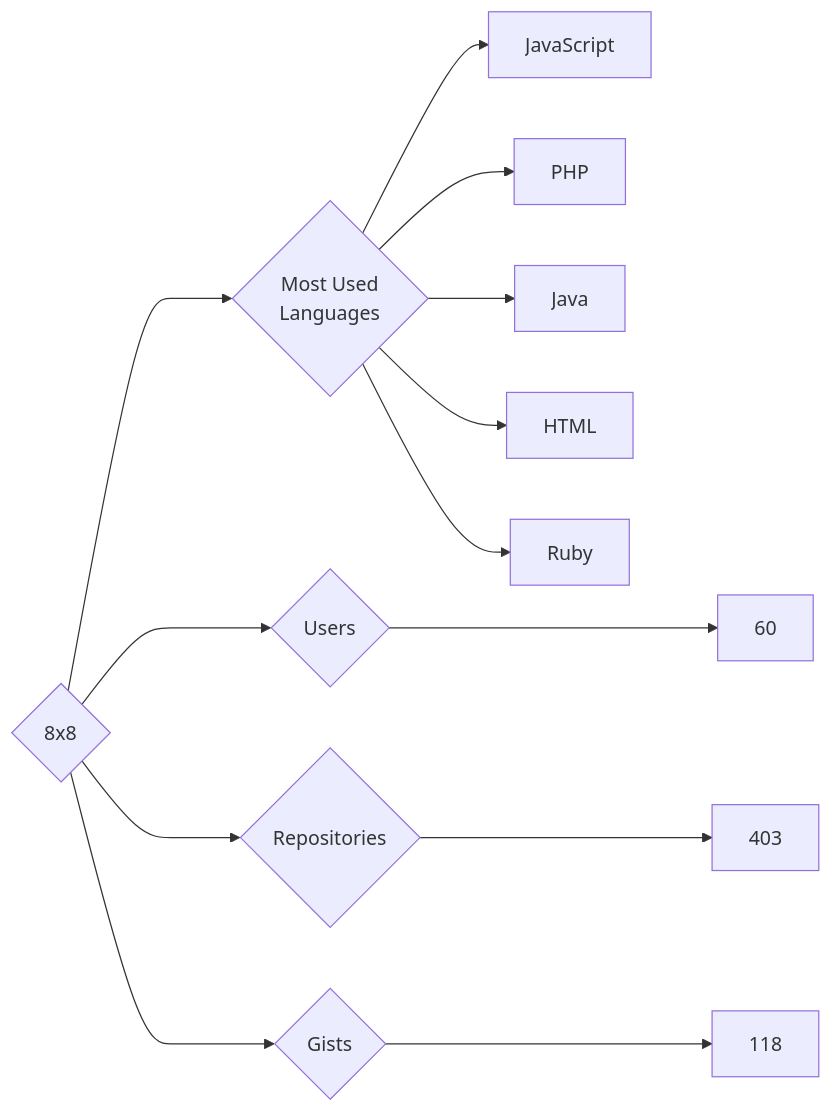
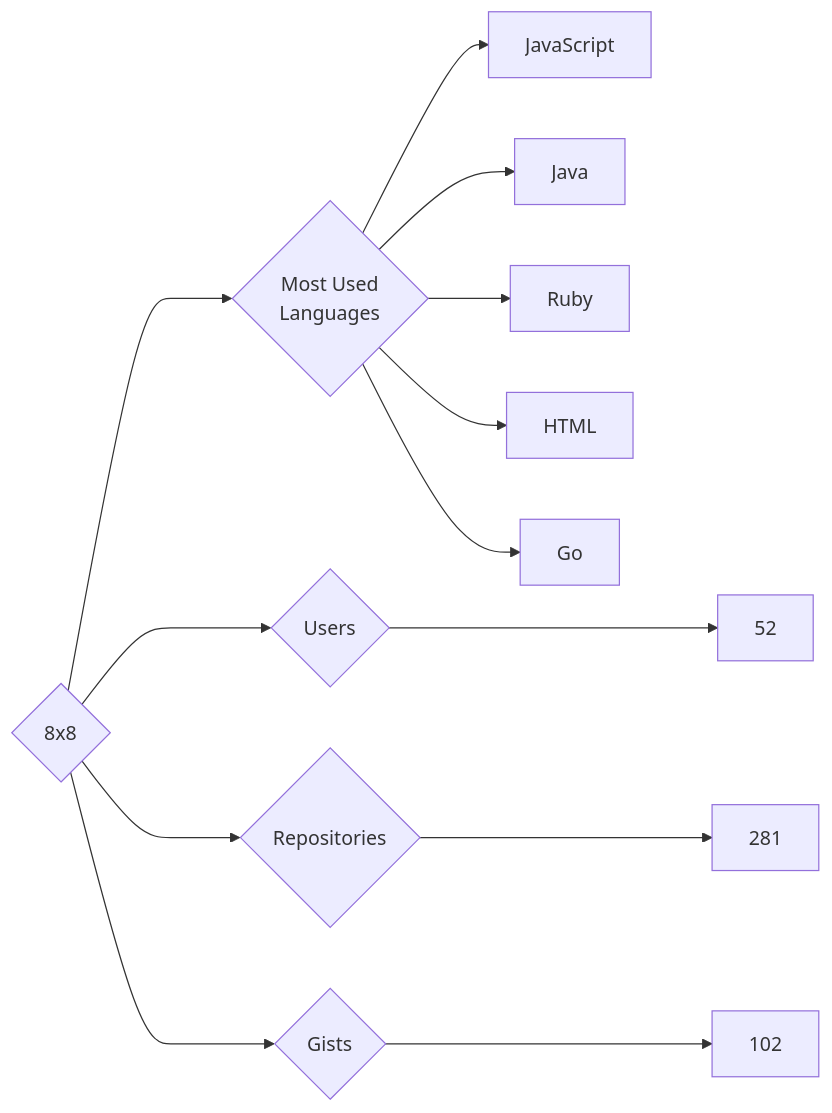
Before and after one commit to trickest/insiders: the diagram in targets/8x8/README.md, drawn with Mermaid. The commit also changed 772 other files, not shown here.

````diff
--- a/targets/8x8/README.md
+++ b/targets/8x8/README.md
@@ -3,13 +3,13 @@
 ```mermaid
 graph LR
 COMPANY_NAME{8x8}
-COMPANY_NAME ---> U{Users} ---> UN[60]
-COMPANY_NAME ---> R{Repositories} ---> RN[403]
-COMPANY_NAME ---> G{Gists} ---> GN[118]
+COMPANY_NAME ---> U{Users} ---> UN[52]
+COMPANY_NAME ---> R{Repositories} ---> RN[281]
+COMPANY_NAME ---> G{Gists} ---> GN[102]
 COMPANY_NAME ---> ML{Most Used<br>Languages}
 ML --> JavaScript[JavaScript]
-ML --> PHP[PHP]
 ML --> Java[Java]
+ML --> Ruby[Ruby]
 ML --> HTML[HTML]
-ML --> Ruby[Ruby]
+ML --> Go[Go]
 ```
````
